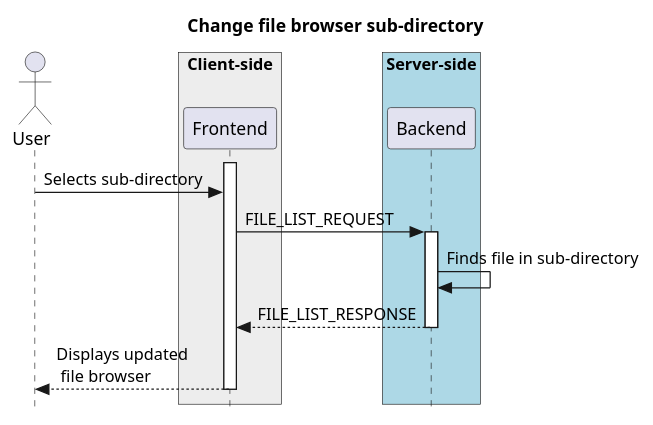
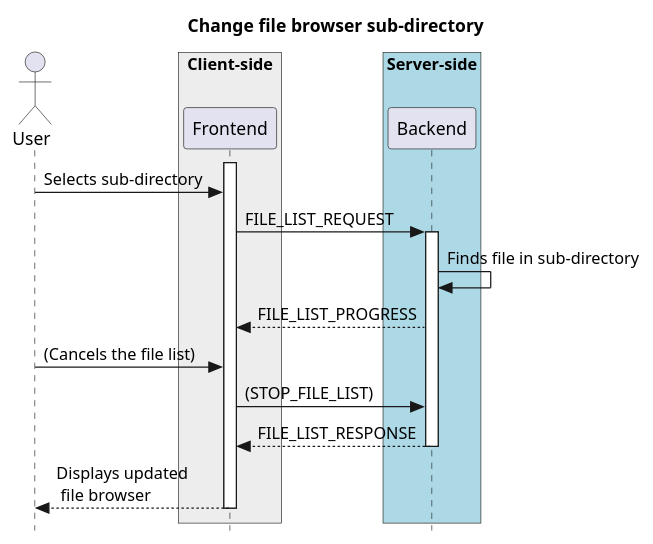
One commit to CARTAvis/carta-protobuf changed the first of 4 diagrams in docs/src/file_browsing.rst. Above: the diagram before and after it, drawn with PlantUML.

Commit message:
update the sequence diagram for the file list process

```diff
--- a/docs/src/file_browsing.rst
+++ b/docs/src/file_browsing.rst
@@ -8,23 +8,26 @@
 .. uml::
     
     skinparam style strictuml
     hide footbox
     title Change file browser sub-directory
     
     actor User
     box "Client-side" #EDEDED
     participant Frontend
     end box
     
     box "Server-side" #lightblue
     participant Backend
     end box
     activate Frontend
     User -> Frontend : Selects sub-directory
     Frontend -> Backend : FILE_LIST_REQUEST
     activate Backend
     Backend -> Backend : Finds file in sub-directory
+    Frontend <-- Backend : FILE_LIST_PROGRESS
+    User -> Frontend : (Cancels the file list)
+    Frontend -> Backend : (STOP_FILE_LIST)
     Frontend <-- Backend : FILE_LIST_RESPONSE
     deactivate Backend
     User <-- Frontend : Displays updated\n file browser
     deactivate Frontend
```
